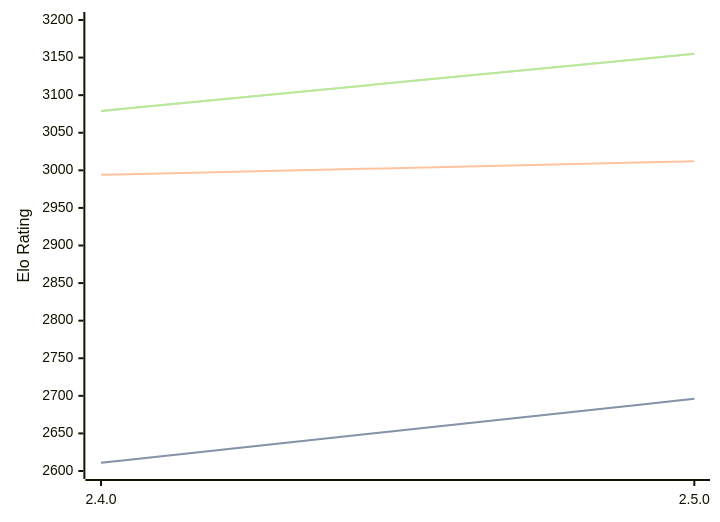
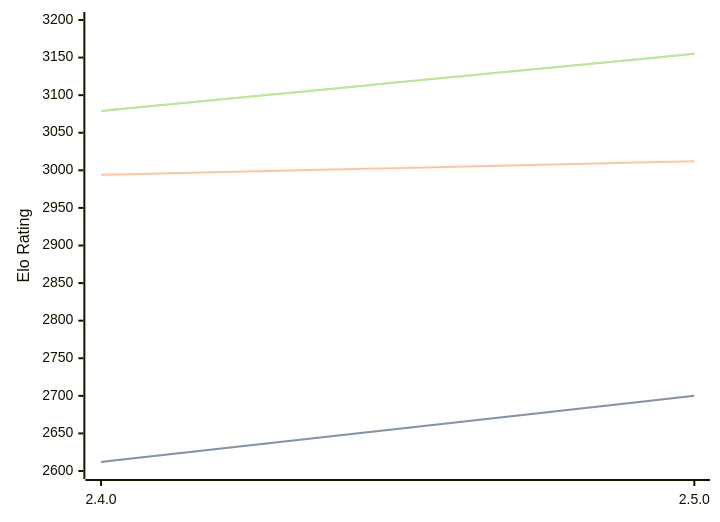
Before and after one commit to computer-chess-index/cci: the diagram in engines/Sturddle2.md, drawn with Mermaid. The commit also changed other lines of this file, not shown here.

````diff
--- a/engines/Sturddle2.md
+++ b/engines/Sturddle2.md
@@ -37,11 +37,11 @@
 ```mermaid
 %%{init: {"theme":"base","themeVariables":{"seriesColors:['#a3a3a3','#222221','#faa371']}}}%%
 xychart-beta
   x-axis ["2.4.0", "2.5.0"]
   y-axis "Elo Rating" 2600 --> 3200
-  line "STC (8.0+0.08s)" [2611, 2696]
-  line "STC (8.0+0.08s)" [2611, 2696]
+  line "STC (8.0+0.08s)" [2612, 2700]
+  line "STC (8.0+0.08s)" [2612, 2700]
   line "LTC (60.0+0.60s)" [2994, 3012]
   line "VLTC (2m24s+1.12s)" [3079, 3155]
   line "VLTC (2m24s+1.12s)" [3079, 3155]
 ```
````
